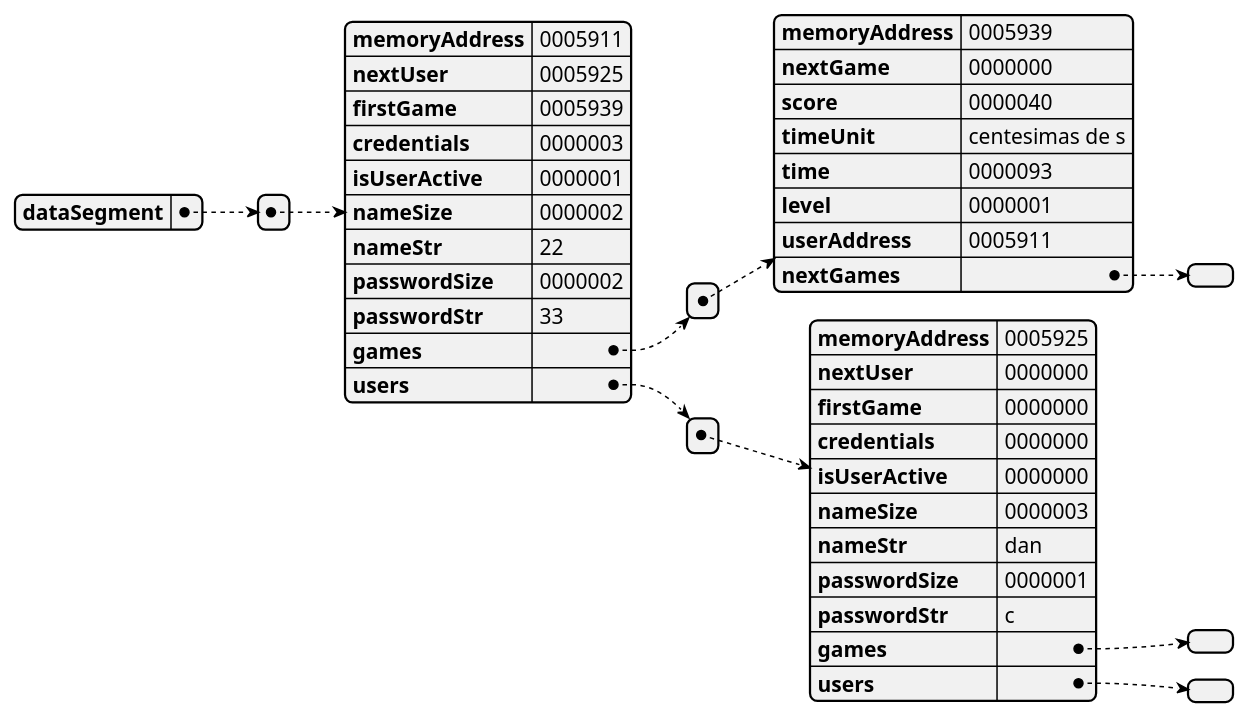
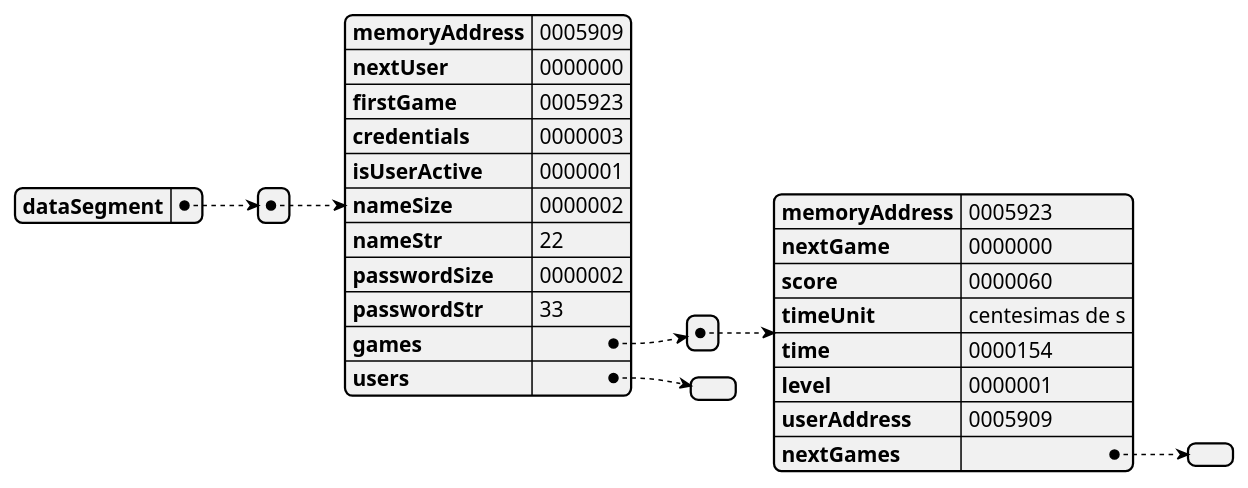
Before and after one commit to danielcuque/ACE1-PROYECTO2: the diagram in docs/uml/README.md, drawn with PlantUML. The commit also changed 2 other files, not shown here.

Commit message:
fix: back to the user menu if exit game

`````diff
--- a/docs/uml/README.md
+++ b/docs/uml/README.md
@@ -1,32 +1,22 @@
 ````plantuml
 @startjson memoryGraph
 {"dataSegment":
-[{"memoryAddress":"0005911",
-"nextUser":"0005925",
-"firstGame":"0005939",
+[{"memoryAddress":"0005909",
+"nextUser":"0000000",
+"firstGame":"0005923",
 "credentials":"0000003",
 "isUserActive":"0000001",
 "nameSize":"0000002",
 "nameStr":"22",
 "passwordSize":"0000002",
 "passwordStr":"33",
-"games":[{"memoryAddress":"0005939",
+"games":[{"memoryAddress":"0005923",
 "nextGame":"0000000",
-"score":"0000040",
-"timeUnit":"centesimas de s","time":"0000093",
+"score":"0000060",
+"timeUnit":"centesimas de s","time":"0000154",
 "level":"0000001",
-"userAddress":"0005911",
+"userAddress":"0005909",
 "nextGames":[]}],
-"users":[{"memoryAddress":"0005925",
-"nextUser":"0000000",
-"firstGame":"0000000",
-"credentials":"0000000",
-"isUserActive":"0000000",
-"nameSize":"0000003",
-"nameStr":"dan",
-"passwordSize":"0000001",
-"passwordStr":"c",
-"games":[],
-"users":[]}]}]}
+"users":[]}]}
 @endjson
 ````
`````
